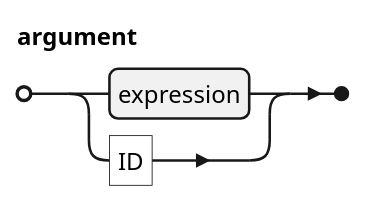
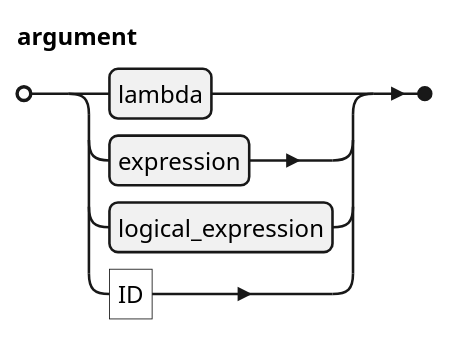
Before and after one commit to koryki-java/core: the diagram in docs/kql/argument.plantuml, drawn with PlantUML. The commit also changed 12 other files, not shown here.

```diff
--- a/docs/kql/argument.plantuml
+++ b/docs/kql/argument.plantuml
@@ -1,12 +1,12 @@
 @startebnf
 ' border and background
 skinparam legendBorderColor transparent
 skinparam legendBackgroundColor white
 
 'title argument
 
 argument =
-expression | "ID"
+lambda | expression | logical_expression | "ID"
 ;
 
 @endebnf
```
